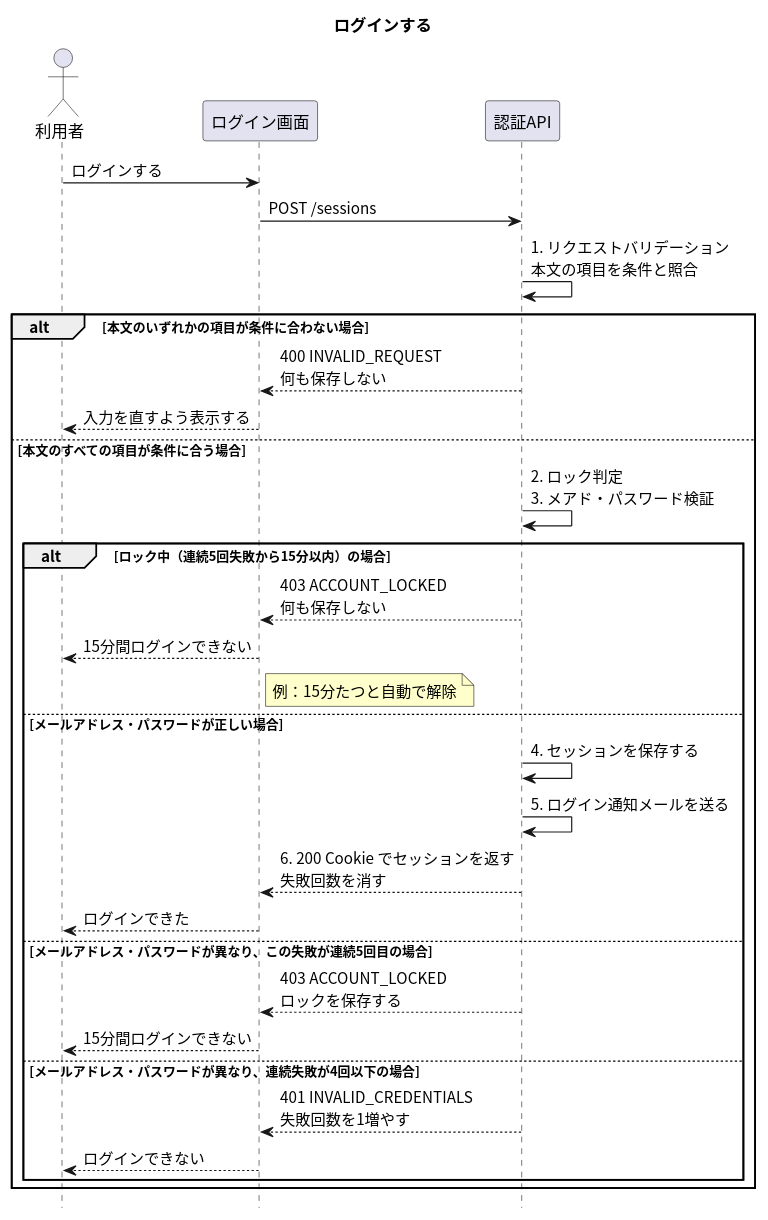
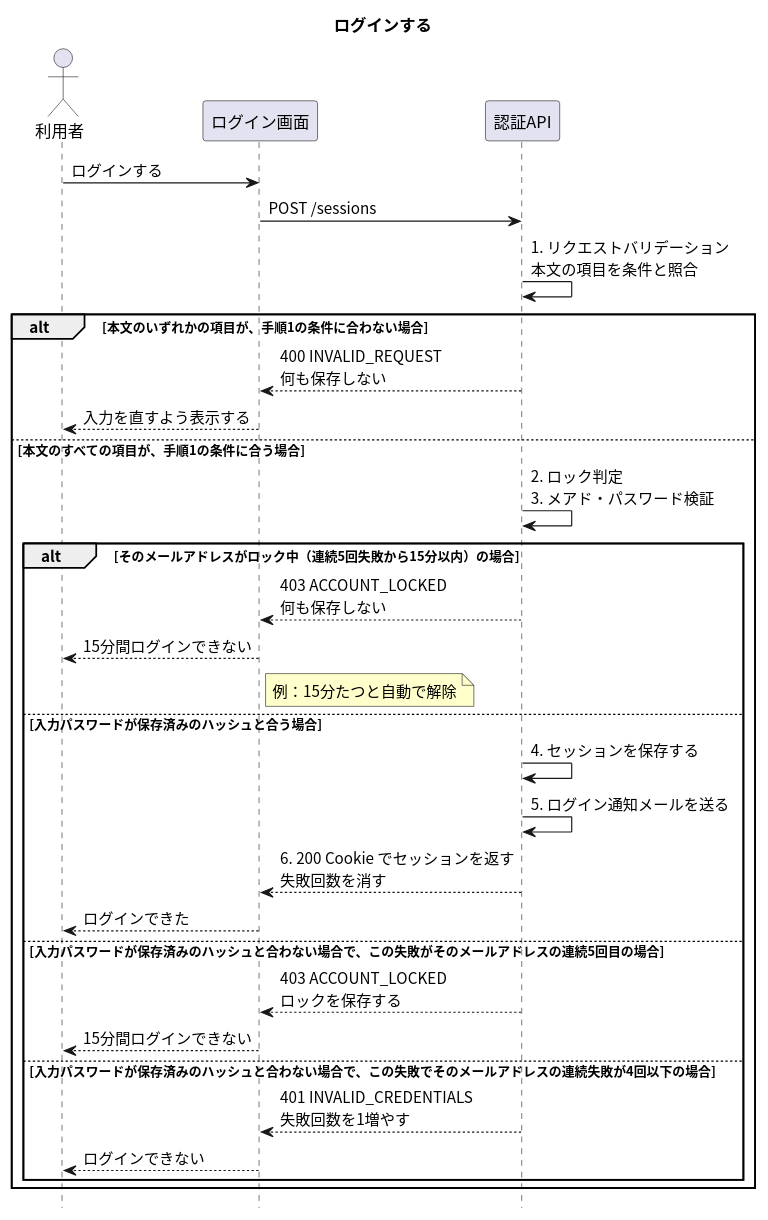
The diagram in apis/login/入口.puml (masamasamasato/design-doc-template), drawn with PlantUML before and after one commit. The commit also changed 10 other files, not shown here.

```diff
--- a/apis/login/入口.puml
+++ b/apis/login/入口.puml
@@ -1,39 +1,39 @@
 @startuml
 skinparam shadowing false
 skinparam defaultFontName "Noto Sans CJK JP"
 skinparam SequenceFontName "Noto Sans CJK JP"
 skinparam NoteBackgroundColor #FFFFCC
 hide footbox
 
 title ログインする
 
 actor "利用者" as User
 participant "ログイン画面" as Screen
 participant "認証API" as API
 
 User -> Screen : ログインする
 Screen -> API : POST /sessions
 API -> API : 1. リクエストバリデーション\n本文の項目を条件と照合
-alt 本文のいずれかの項目が条件に合わない場合
+alt 本文のいずれかの項目が、手順1の条件に合わない場合
   API --> Screen : 400 INVALID_REQUEST\n何も保存しない
   Screen --> User : 入力を直すよう表示する
-else 本文のすべての項目が条件に合う場合
+else 本文のすべての項目が、手順1の条件に合う場合
   API -> API : 2. ロック判定\n3. メアド・パスワード検証
-  alt ロック中（連続5回失敗から15分以内）の場合
+  alt そのメールアドレスがロック中（連続5回失敗から15分以内）の場合
     API --> Screen : 403 ACCOUNT_LOCKED\n何も保存しない
     Screen --> User : 15分間ログインできない
     note right of Screen : 例：15分たつと自動で解除
-  else メールアドレス・パスワードが正しい場合
+  else 入力パスワードが保存済みのハッシュと合う場合
     API -> API : 4. セッションを保存する
     API -> API : 5. ログイン通知メールを送る
     API --> Screen : 6. 200 Cookie でセッションを返す\n失敗回数を消す
     Screen --> User : ログインできた
-  else メールアドレス・パスワードが異なり、この失敗が連続5回目の場合
+  else 入力パスワードが保存済みのハッシュと合わない場合で、この失敗がそのメールアドレスの連続5回目の場合
     API --> Screen : 403 ACCOUNT_LOCKED\nロックを保存する
     Screen --> User : 15分間ログインできない
-  else メールアドレス・パスワードが異なり、連続失敗が4回以下の場合
+  else 入力パスワードが保存済みのハッシュと合わない場合で、この失敗でそのメールアドレスの連続失敗が4回以下の場合
     API --> Screen : 401 INVALID_CREDENTIALS\n失敗回数を1増やす
     Screen --> User : ログインできない
   end
 end
 @enduml
```
